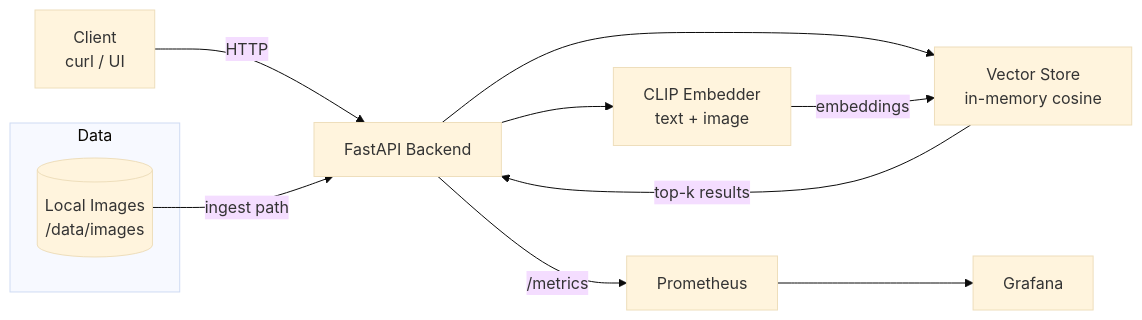
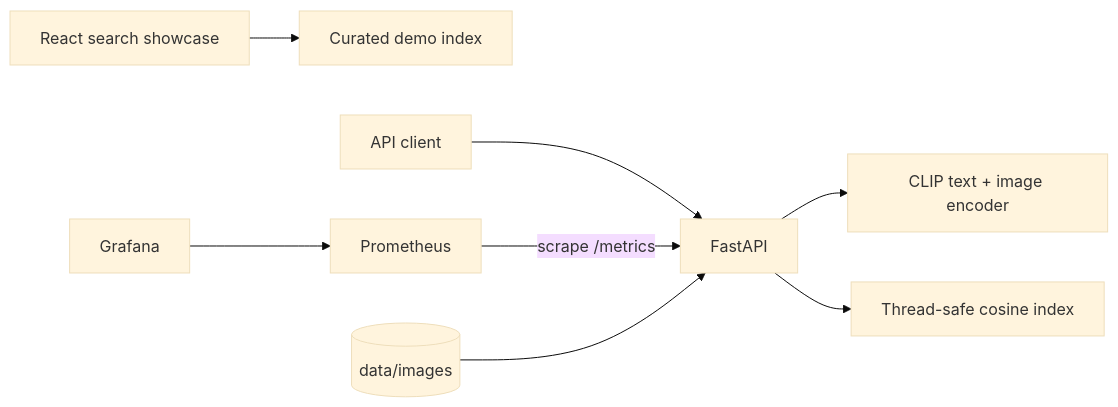
The first of 2 diagrams in README.md (aaryabookseller16/Vision-Query), drawn with Mermaid (base theme) before and after one commit. The commit also changed other lines of this file and 40 other files, not shown here.

````diff
--- a/README.md
+++ b/README.md
@@ -22,18 +31,10 @@
 ```mermaid
 flowchart LR
-  C[Client<br/>curl / UI] -->|HTTP| API[FastAPI Backend]
-
-  API --> E[CLIP Embedder<br/>text + image]
-  API --> VS[Vector Store<br/>in-memory cosine]
-
-  API -->|/metrics| P[Prometheus]
-  P --> G[Grafana]
-
-  subgraph Data
-    IMG[(Local Images<br/>/data/images)]
-  end
-
-  IMG -->|ingest path| API
-  E -->|embeddings| VS
-  VS -->|top-k results| API
+  Browser[React search showcase] --> Catalog[Curated demo index]
+  Client[API client] --> API[FastAPI]
+  API --> CLIP[CLIP text + image encoder]
+  API --> Index[Thread-safe cosine index]
+  Prometheus -->|scrape /metrics| API
+  Grafana --> Prometheus
+  Images[(data/images)] --> API
 ```
````
